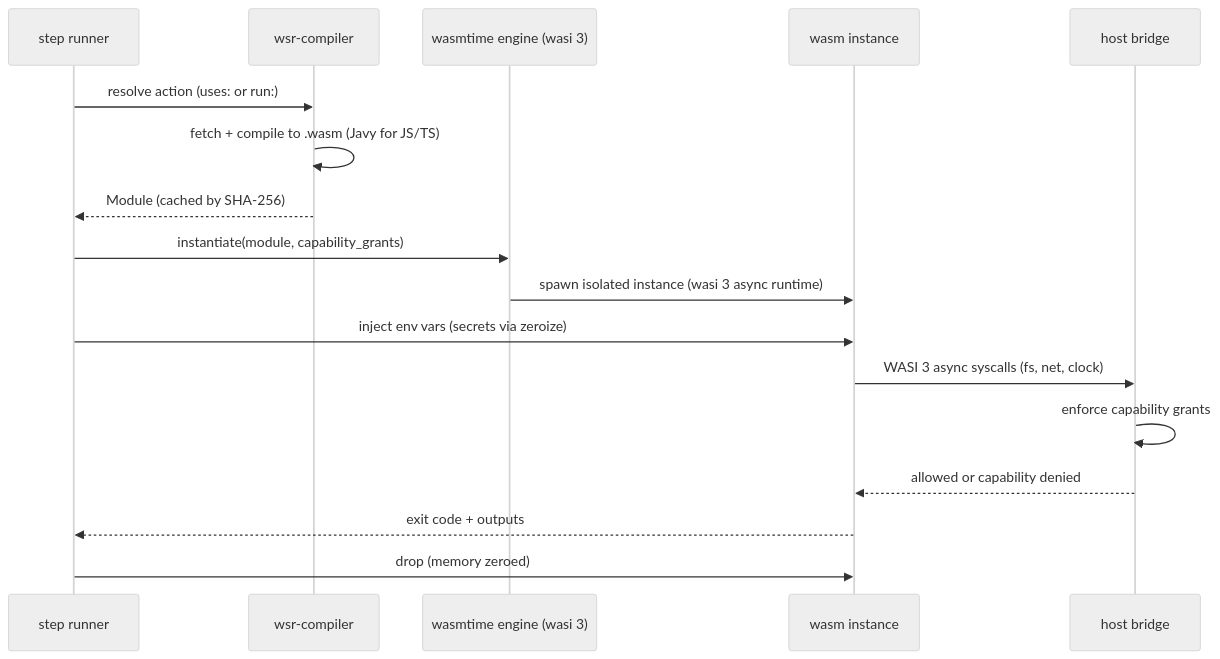
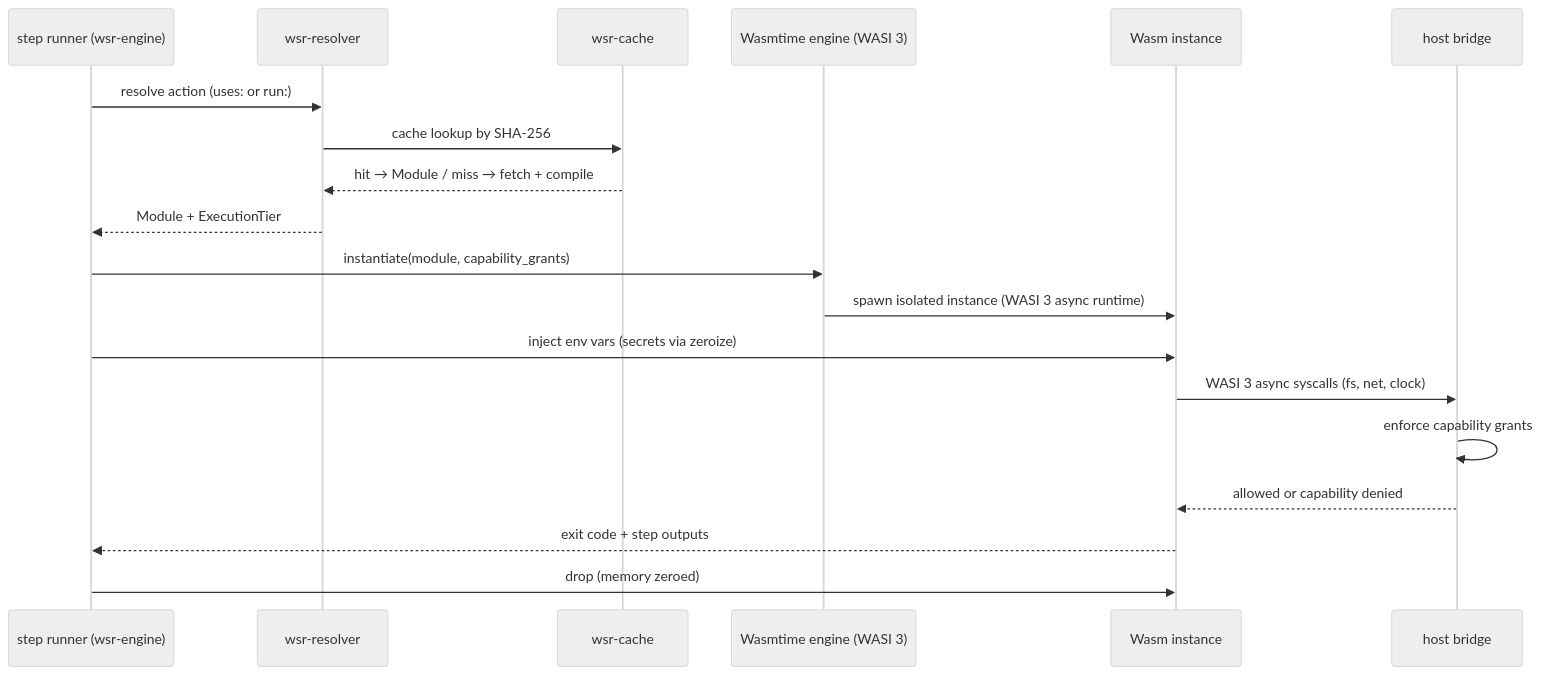
One commit to carlosferreyra/wsr changed the fourth of 5 diagrams in ARCHITECTURE.md. Above: the diagram before and after it, drawn with Mermaid (neutral theme). The commit also changed other lines of this file and 45 other files, not shown here.

````diff
--- a/ARCHITECTURE.md
+++ b/ARCHITECTURE.md
@@ -249,23 +265,25 @@
 ```mermaid
 sequenceDiagram
-    participant SR as step runner
-    participant C  as wsr-compiler
-    participant RT as wasmtime engine (wasi 3)
-    participant SB as wasm instance
+    participant SR as step runner (wsr-engine)
+    participant RS as wsr-resolver
+    participant CC as wsr-cache
+    participant RT as Wasmtime engine (WASI 3)
+    participant SB as Wasm instance
     participant H  as host bridge
 
-    SR->>C: resolve action (uses: or run:)
-    C->>C: fetch + compile to .wasm (Javy for JS/TS)
-    C-->>SR: Module (cached by SHA-256)
+    SR->>RS: resolve action (uses: or run:)
+    RS->>CC: cache lookup by SHA-256
+    CC-->>RS: hit → Module / miss → fetch + compile
+    RS-->>SR: Module + ExecutionTier
 
     SR->>RT: instantiate(module, capability_grants)
-    RT->>SB: spawn isolated instance (wasi 3 async runtime)
+    RT->>SB: spawn isolated instance (WASI 3 async runtime)
     SR->>SB: inject env vars (secrets via zeroize)
 
     SB->>H: WASI 3 async syscalls (fs, net, clock)
     H->>H: enforce capability grants
     H-->>SB: allowed or capability denied
 
-    SB-->>SR: exit code + outputs
+    SB-->>SR: exit code + step outputs
     SR->>SB: drop (memory zeroed)
 ```
````
